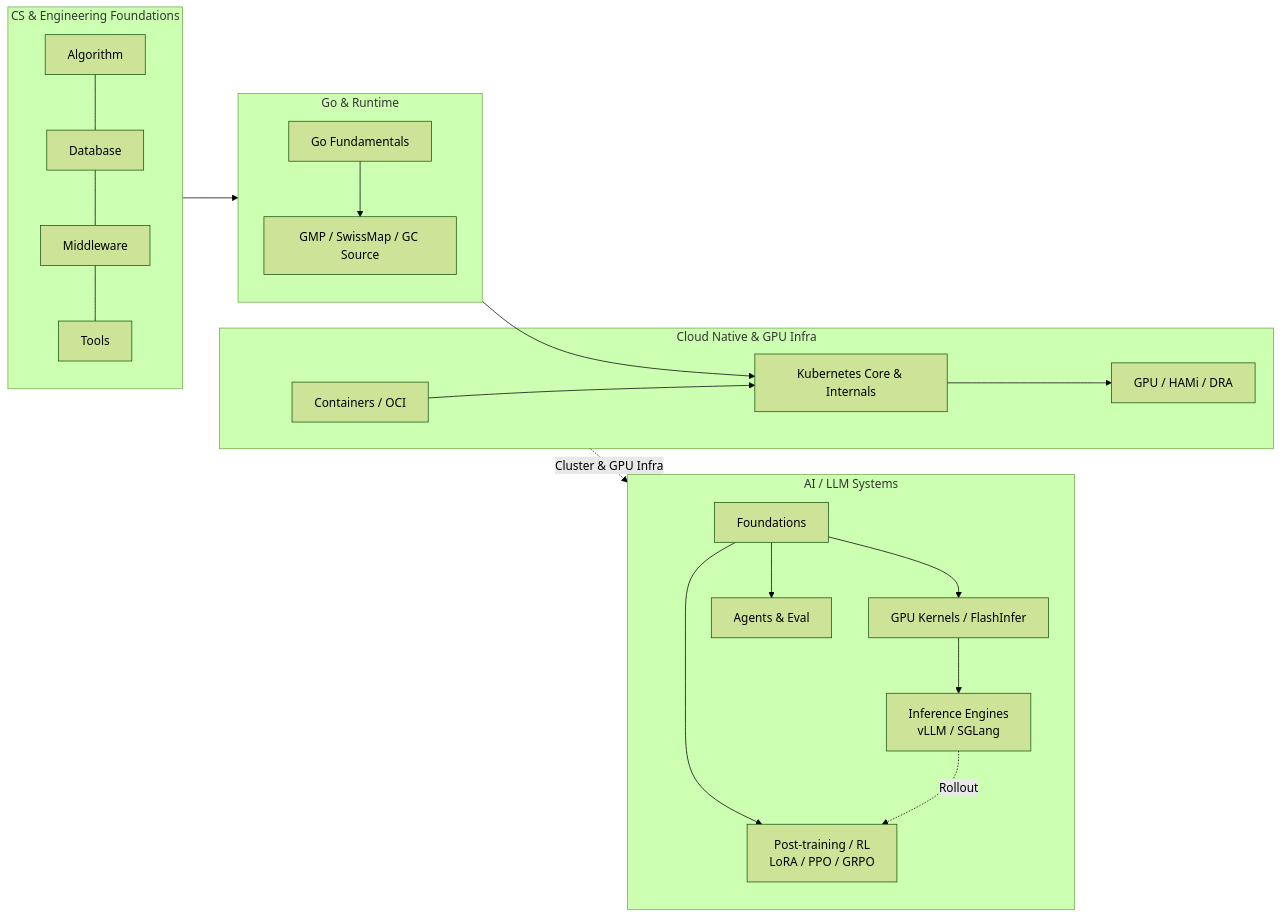
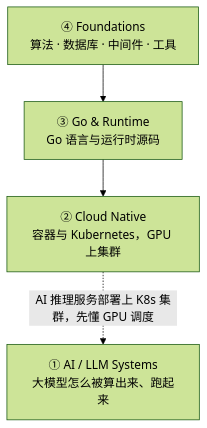
One commit to HSn0918/Notes changed the first of 2 diagrams in README.md. Above: the diagram before and after it, drawn with Mermaid (forest theme). The commit also changed other lines of this file and 15 other files, not shown here.

````diff
--- a/README.md
+++ b/README.md
@@ -19,27 +15,10 @@
 ```mermaid
-flowchart LR
-    subgraph AI["AI / LLM Systems"]
-        A1[Foundations] --> A2["GPU Kernels / FlashInfer"]
-        A2 --> A3["Inference Engines<br/>vLLM / SGLang"]
-        A1 --> A4["Post-training / RL<br/>LoRA / PPO / GRPO"]
-        A3 -.Rollout.-> A4
-        A1 --> A5[Agents & Eval]
-    end
+flowchart TD
+    AI["① AI / LLM Systems<br/>大模型怎么被算出来、跑起来"]
+    CN["② Cloud Native<br/>容器与 Kubernetes，GPU 上集群"]
+    GO["③ Go & Runtime<br/>Go 语言与运行时源码"]
+    FND["④ Foundations<br/>算法 · 数据库 · 中间件 · 工具"]
 
-    subgraph CN["Cloud Native & GPU Infra"]
-        C1["Containers / OCI"] --> C2["Kubernetes Core & Internals"]
-        C2 --> C3["GPU / HAMi / DRA"]
-    end
-
-    subgraph GO["Go & Runtime"]
-        G1[Go Fundamentals] --> G2["GMP / SwissMap / GC Source"]
-    end
-
-    subgraph FND["CS & Engineering Foundations"]
-        F1[Algorithm] --- F2[Database] --- F3[Middleware] --- F4[Tools]
-    end
-
-    GO --> C2
-    FND --> GO
-    CN -.Cluster & GPU Infra.-> AI
+    CN -. "AI 推理服务部署上 K8s 集群，先懂 GPU 调度" .-> AI
+    FND --> GO --> CN
 ```
````
